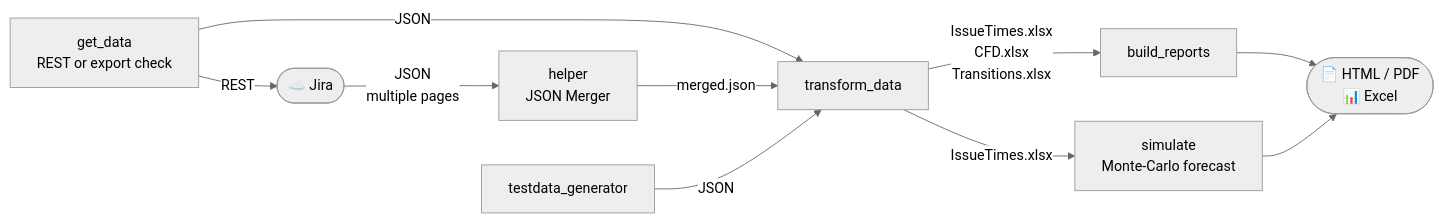
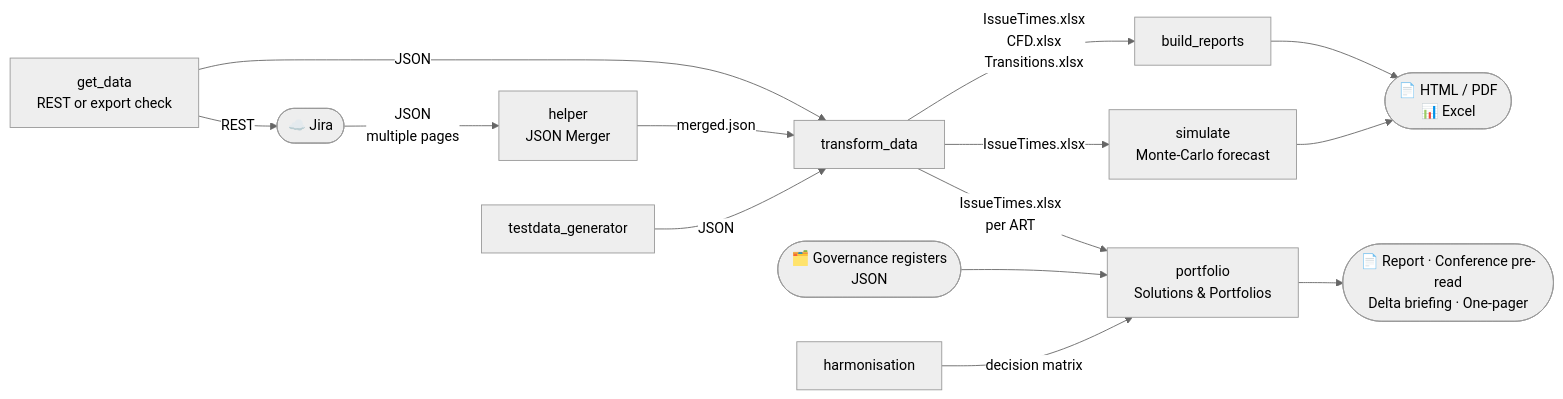
The third of 7 diagrams in docs/architecture.md (Jaegerfeld/situation-report), drawn with Mermaid (neutral theme) before and after one commit. The commit also changed other lines of this file and 12 other files, not shown here.

````diff
--- a/docs/architecture.md
+++ b/docs/architecture.md
@@ -75,21 +79,29 @@
 ```mermaid
 flowchart LR
     jira(["☁️ Jira"])
     tdg["testdata_generator"]
     gd["get_data\nREST or export check"]
     hlp["helper\nJSON Merger"]
     td["transform_data"]
     br["build_reports"]
+    pf["portfolio\nSolutions & Portfolios"]
+    harmo["harmonisation"]
+    reg(["🗂️ Governance registers\nJSON"])
     sim["simulate\nMonte-Carlo forecast"]
     out(["📄 HTML / PDF\n📊 Excel"])
+    pfout(["📄 Report · Conference pre-read\nDelta briefing · One-pager"])
 
     jira -- "JSON\nmultiple pages" --> hlp
     gd -- "JSON" --> td
     gd -- REST --> jira
     hlp -- "merged.json" --> td
     tdg -- "JSON" --> td
     td -- "IssueTimes.xlsx\nCFD.xlsx\nTransitions.xlsx" --> br
     td -- "IssueTimes.xlsx" --> sim
+    td -- "IssueTimes.xlsx\nper ART" --> pf
+    reg --> pf
+    harmo -- "decision matrix" --> pf
     br --> out
     sim --> out
+    pf --> pfout
 ```
````
